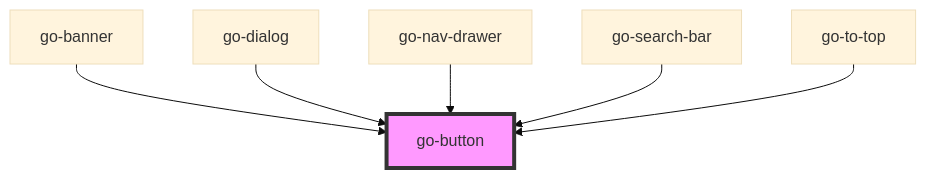
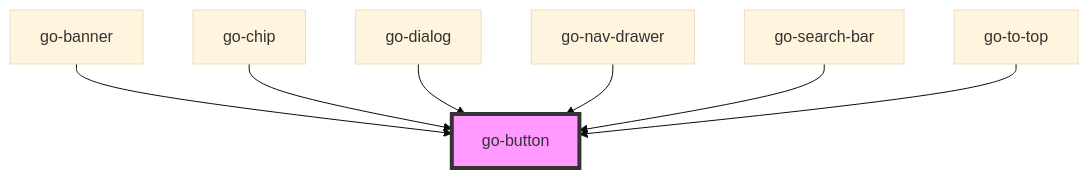
Before and after one commit to getgoui/go-ui: the diagram in src/components/go-button/readme.md, drawn with Mermaid (base theme). The commit also changed other lines of this file and 3 other files, not shown here.

````diff
--- a/src/components/go-button/readme.md
+++ b/src/components/go-button/readme.md
@@ -52,9 +54,10 @@
 ```mermaid
 graph TD;
   go-banner --> go-button
+  go-chip --> go-button
   go-dialog --> go-button
   go-nav-drawer --> go-button
   go-search-bar --> go-button
   go-to-top --> go-button
   style go-button fill:#f9f,stroke:#333,stroke-width:4px
 ```
````
